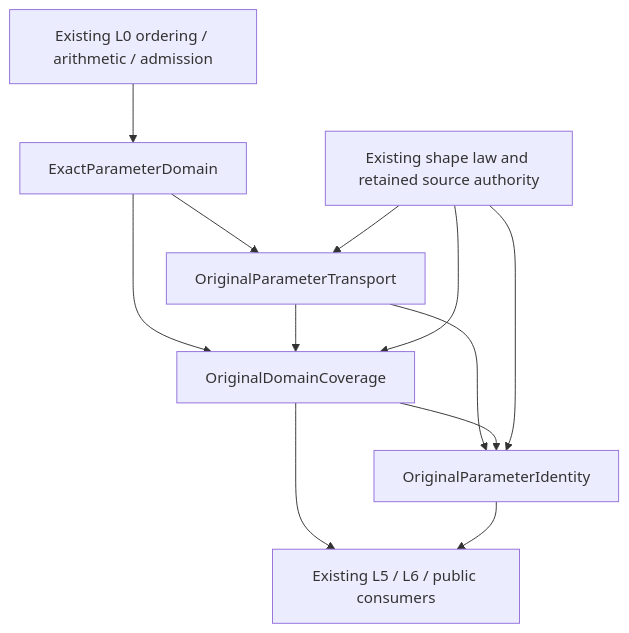
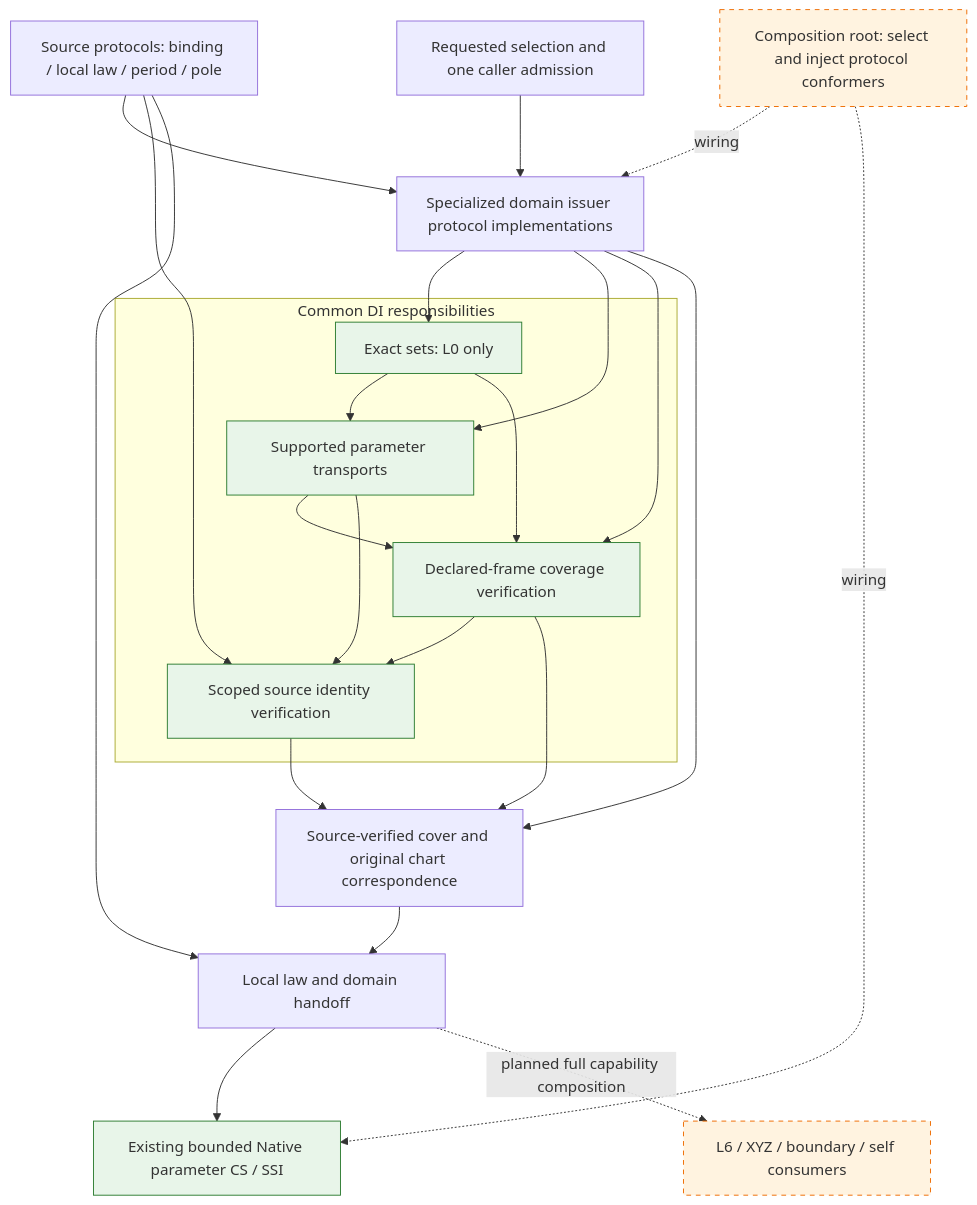
Before and after one commit to 1amageek/swift-CAD: the diagram in Sources/CADGeometry/OriginalDomainIdentity/DESIGN.md, drawn with Mermaid. The commit also changed other lines of this file and 7 other files, not shown here.

Commit message:
Define protocol-oriented domain and identity responsibilities

````diff
--- a/Sources/CADGeometry/OriginalDomainIdentity/DESIGN.md
+++ b/Sources/CADGeometry/OriginalDomainIdentity/DESIGN.md
@@ -59,14 +99,29 @@
 ```mermaid
 flowchart TD
- L0[Existing L0 ordering / arithmetic / admission] --> D0[ExactParameterDomain]
- D0 --> T[OriginalParameterTransport]
- S[Existing shape law and retained source authority] --> T
- D0 --> C[OriginalDomainCoverage]
- T --> C
- S --> C
- T --> I[OriginalParameterIdentity]
- C --> I
+ S[Source protocols: binding / local law / period / pole] --> F[Specialized domain issuer protocol implementations]
+ Q[Requested selection and one caller admission] --> F
+ subgraph DI[Common DI responsibilities]
+  D0[Exact sets: L0 only] --> T[Supported parameter transports]
+  D0 --> C[Declared-frame coverage verification]
+  T --> C
+  T --> I[Scoped source identity verification]
+  C --> I
+ end
+ F --> D0
+ F --> T
+ F --> C
  S --> I
- C --> R[Existing L5 / L6 / public consumers]
+ C --> R[Source-verified cover and original chart correspondence]
+ F --> R
  I --> R
+ S --> B[Local law and domain handoff]
+ R --> B
+ B --> N[Existing bounded Native parameter CS / SSI]
+ B -. planned full capability composition .-> U[L6 / XYZ / boundary / self consumers]
+ X[Composition root: select and inject protocol conformers] -. wiring .-> F
+ X -. wiring .-> N
+ classDef fixed fill:#e8f5e9,stroke:#2e7d32;
+ classDef pending fill:#fff3e0,stroke:#ef6c00,stroke-dasharray:5 5;
+ class D0,T,C,I,N fixed;
+ class X,U pending;
 ```
````
